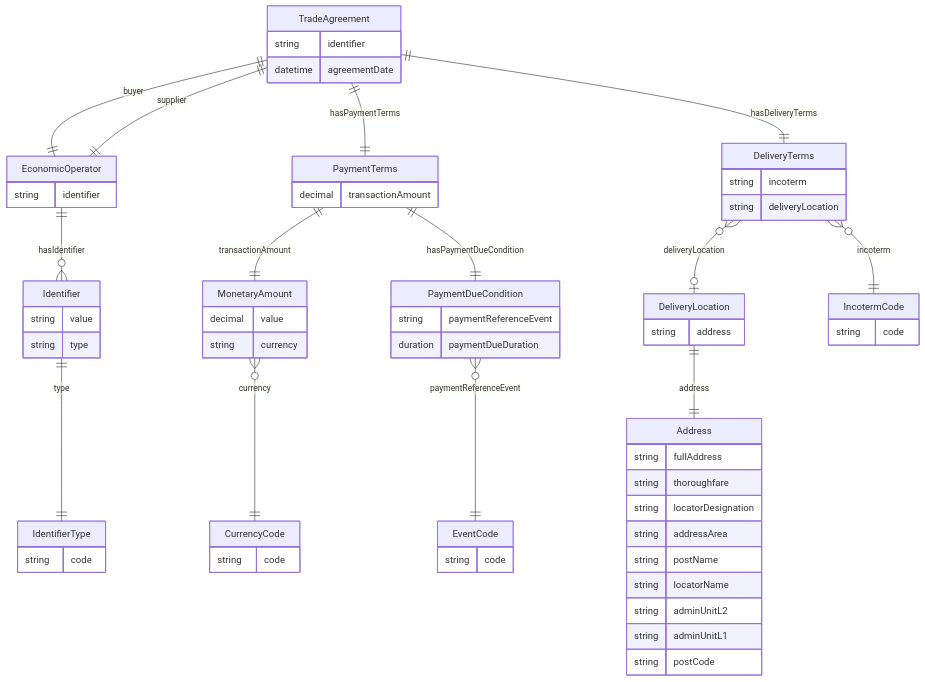
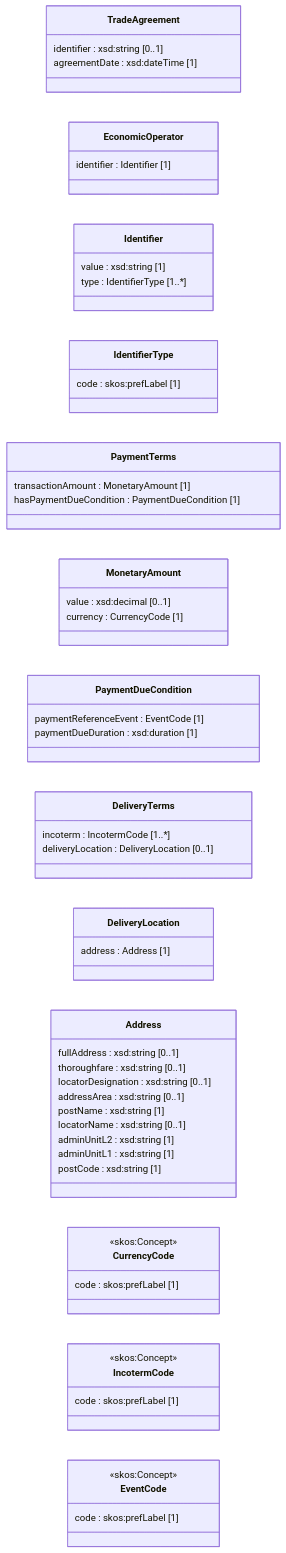
One commit to ToHelland/WebuildTest changed the diagram in README.md. Above: the diagram before and after it, drawn with Mermaid. The commit also changed other lines of this file, not shown here.

````diff
--- a/README.md
+++ b/README.md
@@ -37,84 +20,73 @@
 ```mermaid
-erDiagram
-    TradeAgreement {
-        string identifier
-        datetime agreementDate
-    }
+classDiagram
+  direction LR
 
-    EconomicOperator {
-        string identifier
-    }
+  class TradeAgreement {
+    identifier : xsd:string [0..1]
+    agreementDate : xsd:dateTime [1]
+  }
 
-    Identifier {
-        string value
-        string type
-    }
+  class EconomicOperator {
+    identifier : Identifier [1]
+  }
 
-    IdentifierType {
-        string code
-    }
+  class Identifier {
+    value : xsd:string [1]
+    type : IdentifierType [1..*]
+  }
 
-    PaymentTerms {
-        decimal transactionAmount
-    }
+  class IdentifierType {
+    code : skos:prefLabel [1]
+  }
 
-    MonetaryAmount {
-        decimal value
-        string currency
-    }
+  class PaymentTerms {
+    transactionAmount : MonetaryAmount [1]
+    hasPaymentDueCondition : PaymentDueCondition [1]
+  }
 
-    PaymentDueCondition {
-        string paymentReferenceEvent
-        duration paymentDueDuration
-    }
+  class MonetaryAmount {
+    value : xsd:decimal [0..1]
+    currency : CurrencyCode [1]
+  }
 
-    DeliveryTerms {
-        string incoterm
-        string deliveryLocation
-    }
+  class PaymentDueCondition {
+    paymentReferenceEvent : EventCode [1]
+    paymentDueDuration : xsd:duration [1]
+  }
 
-    DeliveryLocation {
-        string address
-    }
+  class DeliveryTerms {
+    incoterm : IncotermCode [1..*]
+    deliveryLocation : DeliveryLocation [0..1]
+  }
 
-    Address {
-        string fullAddress
-        string thoroughfare
-        string locatorDesignation
-        string addressArea
-        string postName
-        string locatorName
-        string adminUnitL2
-        string adminUnitL1
-        string postCode
-    }
+  class DeliveryLocation {
+    address : Address [1]
+  }
 
-    CurrencyCode {
-        string code
-    }
+  class Address {
+    fullAddress : xsd:string [0..1]
+    thoroughfare : xsd:string [0..1]
+    locatorDesignation : xsd:string [0..1]
+    addressArea : xsd:string [0..1]
+    postName : xsd:string [1]
+    locatorName : xsd:string [0..1]
+    adminUnitL2 : xsd:string [1]
+    adminUnitL1 : xsd:string [1]
+    postCode : xsd:string [1]
+  }
 
-    IncotermCode {
-        string code
-    }
+  class CurrencyCode {
+    <<skos:Concept>>
+    code : skos:prefLabel [1]
+  }
 
-    EventCode {
-        string code
-    }
+  class IncotermCode {
+    <<skos:Concept>>
+    code : skos:prefLabel [1]
+  }
 
-    TradeAgreement ||--|| EconomicOperator : buyer
-    TradeAgreement ||--|| EconomicOperator : supplier
-    TradeAgreement ||--|| PaymentTerms : hasPaymentTerms
-    TradeAgreement ||--|| DeliveryTerms : hasDeliveryTerms
-
-    PaymentTerms ||--|| MonetaryAmount : transactionAmount
-    PaymentTerms ||--|| PaymentDueCondition : hasPaymentDueCondition
-
-    MonetaryAmount }o--|| CurrencyCode : currency
-    PaymentDueCondition }o--|| EventCode : paymentReferenceEvent
-    DeliveryTerms }o--|| IncotermCode : incoterm
-    DeliveryTerms }o--o| DeliveryLocation : deliveryLocation
-    DeliveryLocation ||--|| Address : address
-
-    EconomicOperator ||--o{ Identifier : hasIdentifier
-    Identifier ||--|| IdentifierType : type
+  class EventCode {
+    <<skos:Concept>>
+    code : skos:prefLabel [1]
+  }
 ```
````
